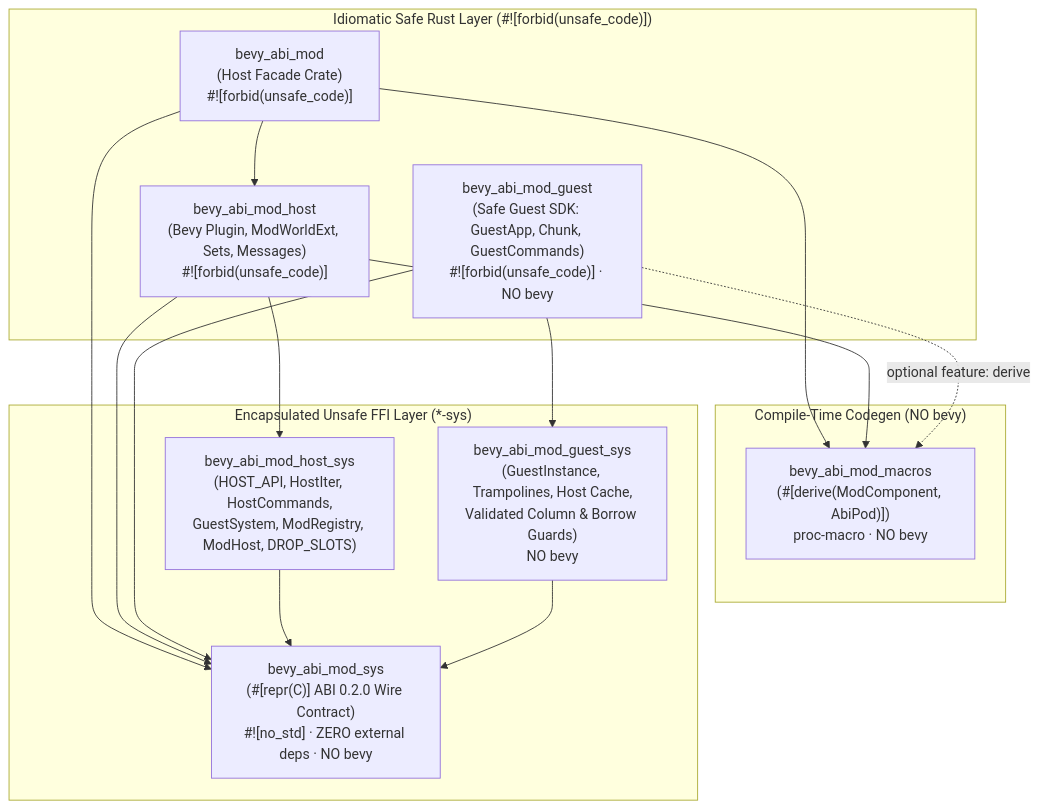
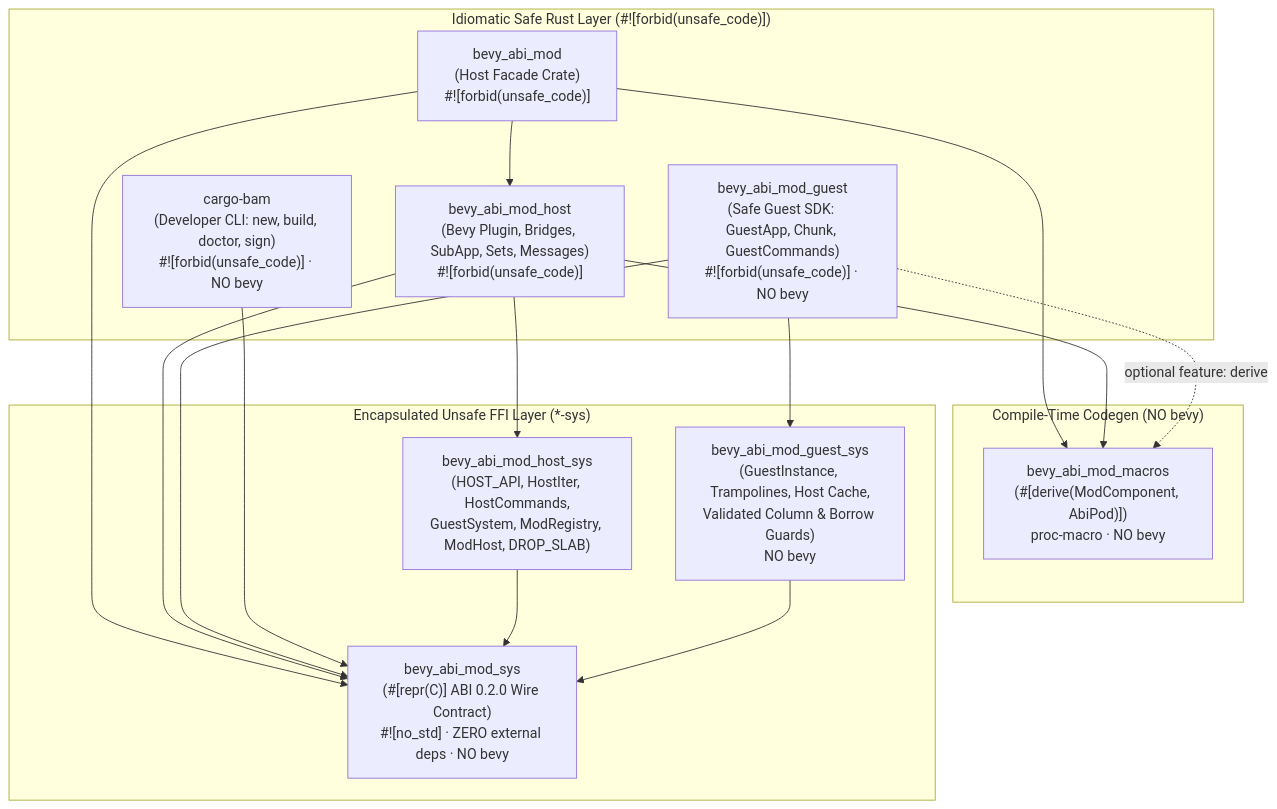
The diagram in spec.md (yaga-simha/bevy_mod_abi), drawn with Mermaid before and after one commit. The commit also changed other lines of this file and 7 other files, not shown here.

````diff
--- a/spec.md
+++ b/spec.md
@@ -37,33 +37,35 @@
 ```mermaid
 flowchart TD
     subgraph SafeLayer["Idiomatic Safe Rust Layer (#![forbid(unsafe_code)])"]
         BAM["bevy_abi_mod<br/>(Host Facade Crate)<br/>#![forbid(unsafe_code)]"]
-        HOST["bevy_abi_mod_host<br/>(Bevy Plugin, ModWorldExt, Sets, Messages)<br/>#![forbid(unsafe_code)]"]
+        HOST["bevy_abi_mod_host<br/>(Bevy Plugin, Bridges, SubApp, Sets, Messages)<br/>#![forbid(unsafe_code)]"]
         GUEST["bevy_abi_mod_guest<br/>(Safe Guest SDK: GuestApp, Chunk, GuestCommands)<br/>#![forbid(unsafe_code)] · NO bevy"]
+        CLI["cargo-bam<br/>(Developer CLI: new, build, doctor, sign)<br/>#![forbid(unsafe_code)] · NO bevy"]
     end
 
     subgraph MacroLayer["Compile-Time Codegen (NO bevy)"]
         MACROS["bevy_abi_mod_macros<br/>(#[derive(ModComponent, AbiPod)])<br/>proc-macro · NO bevy"]
     end
 
     subgraph SysLayer["Encapsulated Unsafe FFI Layer (*-sys)"]
-        HOST_SYS["bevy_abi_mod_host_sys<br/>(HOST_API, HostIter, HostCommands,<br/>GuestSystem, ModRegistry, ModHost, DROP_SLOTS)"]
+        HOST_SYS["bevy_abi_mod_host_sys<br/>(HOST_API, HostIter, HostCommands,<br/>GuestSystem, ModRegistry, ModHost, DROP_SLAB)"]
         GUEST_SYS["bevy_abi_mod_guest_sys<br/>(GuestInstance, Trampolines, Host Cache,<br/>Validated Column & Borrow Guards)<br/>NO bevy"]
         SYS["bevy_abi_mod_sys<br/>(#[repr(C)] ABI 0.2.0 Wire Contract)<br/>#![no_std] · ZERO external deps · NO bevy"]
     end
 
     BAM --> HOST
     BAM --> MACROS
     BAM --> SYS
 
     HOST --> HOST_SYS
     HOST --> MACROS
     HOST --> SYS
 
     GUEST --> GUEST_SYS
     GUEST -. "optional feature: derive" .-> MACROS
     GUEST --> SYS
+    CLI --> SYS
 
     HOST_SYS --> SYS
     GUEST_SYS --> SYS
 ```
````
